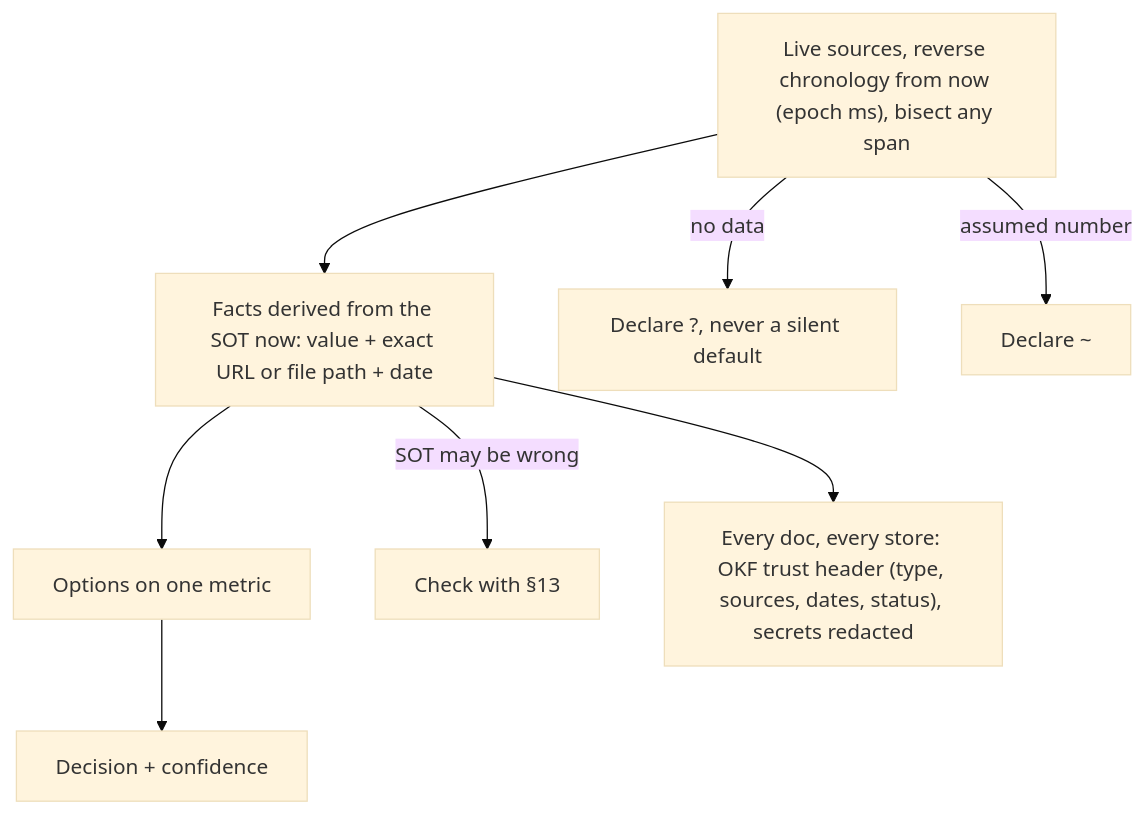
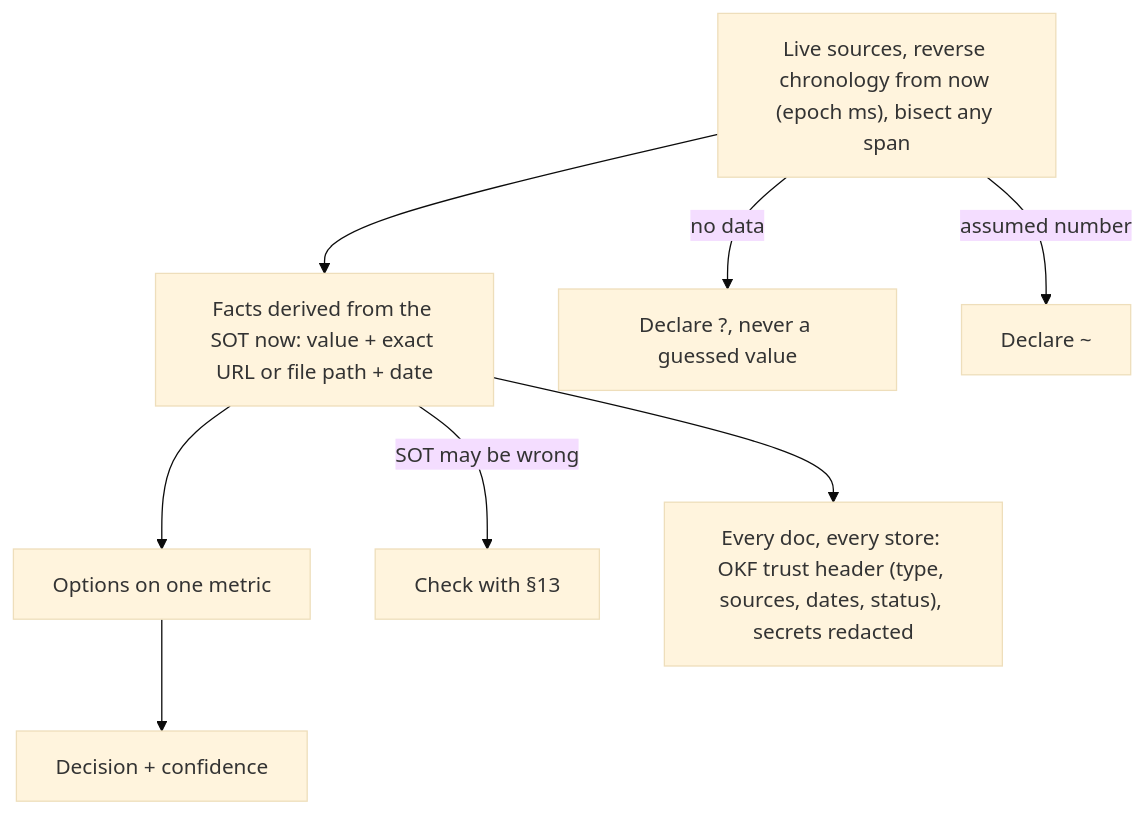
One commit to SolenixAI/arbiter changed the sixth of 14 diagrams in AGENTS.md. Above: the diagram before and after it, drawn with Mermaid (base theme). The commit also changed other lines of this file, not shown here.

````diff
--- a/AGENTS.md
+++ b/AGENTS.md
@@ -271,9 +272,9 @@
 ```mermaid
 flowchart TD
   D["Live sources, reverse chronology from now (epoch ms), bisect any span"] --> E[Facts derived from the SOT now: value + exact URL or file path + date]
   E --> O[Options on one metric] --> C[Decision + confidence]
-  D -->|no data| U["Declare ?, never a silent default"]
+  D -->|no data| U["Declare ?, never a guessed value"]
   D -->|assumed number| U2["Declare ~"]
   E -->|SOT may be wrong| S13[Check with §13]
   E --> K["Every doc, every store: OKF trust header (type, sources, dates, status), secrets redacted"]
 ```
````
